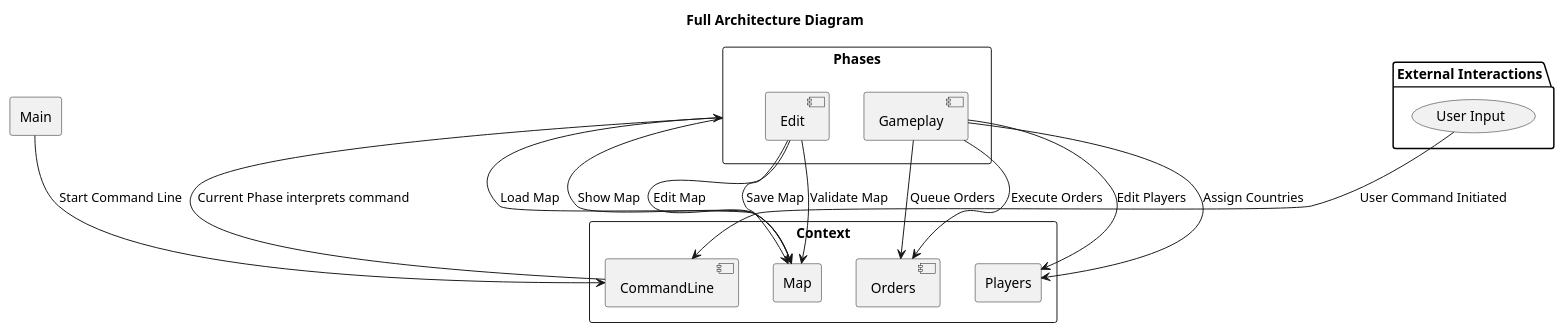
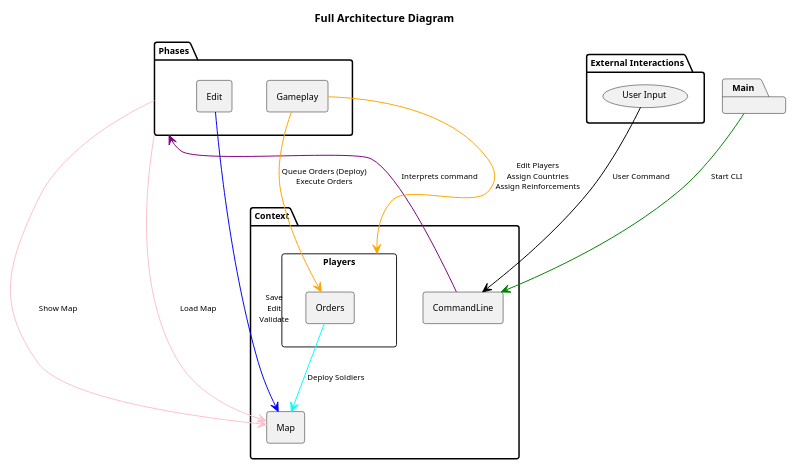
Before and after one commit to smarkandu/soen6441-project: the diagram in plantuml/architectural_diagram_simple.puml, drawn with PlantUML.

```diff
--- a/plantuml/architectural_diagram_simple.puml
+++ b/plantuml/architectural_diagram_simple.puml
@@ -1,43 +1,38 @@
 @startuml
 title Full Architecture Diagram
 
-' Define the major components/modules of the system
+skinparam defaultFontSize 9  ' Reduce overall text size
+skinparam titleFontSize 11  ' Smaller title text
+skinparam packageTitleFontSize 10  ' Smaller package text
+skinparam arrowFontSize 8  ' Smaller labels on arrows
 
-rectangle "Phases" {
-    [Edit]
-    [Gameplay]
+package "Phases" {
+    rectangle "Edit" as Edit
+    rectangle "Gameplay" as Gameplay
 }
 
-rectangle "Context" {
-    [CommandLine]
-    [CommandLine]-->[Phases]:Current Phase interprets command
-
-    [Phases]-->[Map]:Show Map
-    [Phases]-->[Map]:Load Map
-
-    [Edit]-->[Map]:Edit Map
-    [Edit]-->[Map]:Save Map
-    [Edit]-->[Map]:Validate Map
-
-    [Gameplay]-->[Players]:Edit Players
-    [Gameplay]-->[Players]:Assign Countries
-    [Gameplay]-->[Orders]:Queue Orders
-    [Gameplay]-->[Orders]:Execute Orders
-
-    rectangle "Map" {
+package "Context" {
+    rectangle "CommandLine" as CommandLine
+    rectangle "Map" as Map
+    rectangle "Players" as Players {
+        rectangle "Orders" as Orders
     }
 
-    rectangle "Players" {
-        [Orders]
-    }
+    CommandLine -[#purple]-> Phases : "Interprets command"
+
+    Phases-[#Pink]-> Map: "Show Map"
+    Phases-[#Pink]-> Map: "Load Map"
+    Edit -[#blue]-> Map : "Save\nEdit\nValidate"
+    Gameplay -[#orange]-> Players : "Edit Players\nAssign Countries\nAssign Reinforcements"
+    Gameplay -[#orange]-> Orders : "Queue Orders (Deploy)\nExecute Orders"
+    Orders -[#Cyan]-> Map : "Deploy Soldiers"
 }
 
 package "External Interactions" {
-    (User Input) --> [CommandLine]:User Command Initiated
+    (User Input) -[#black]-> CommandLine : "User Command"
 }
 
-' External interactions
-rectangle "Main" {
-    [Main] --> [CommandLine]:Start Command Line
+package "Main" {
+    Main -[#green]-> CommandLine : "Start CLI"
 }
 @enduml
```
